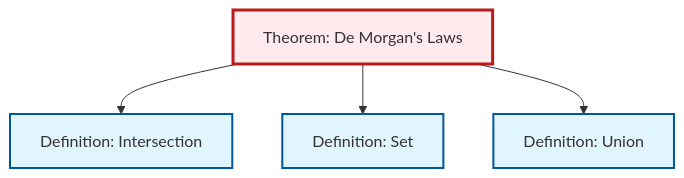
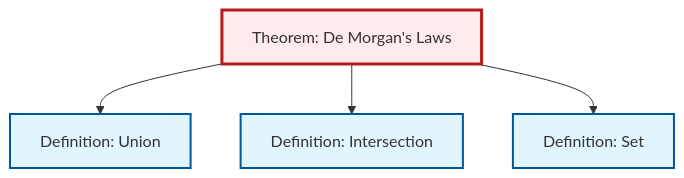
Before and after one commit to RK0429/ModernMath: the diagram in content/ja/logic-set-theory/thm-de-morgan.qmd, drawn with Mermaid. The commit also changed other lines of this file and 530 other files, not shown here.

````diff
--- a/content/ja/logic-set-theory/thm-de-morgan.qmd
+++ b/content/ja/logic-set-theory/thm-de-morgan.qmd
@@ -79,20 +79,20 @@
 ```{mermaid}
 %%| fig-cap: "Local dependency graph"
 graph TD
     classDef definition fill:#e1f5fe,stroke:#01579b,stroke-width:2px
     classDef theorem fill:#f3e5f5,stroke:#4a148c,stroke-width:2px
     classDef axiom fill:#fff3e0,stroke:#e65100,stroke-width:2px
     classDef example fill:#e8f5e9,stroke:#1b5e20,stroke-width:2px
     classDef current fill:#ffebee,stroke:#b71c1c,stroke-width:3px
-    thm-de-morgan["Theorem: De Morgan's Laws"]:::theorem
-    def-set["Definition: Set"]:::definition
     def-union["Definition: Union"]:::definition
     def-intersection["Definition: Intersection"]:::definition
+    def-set["Definition: Set"]:::definition
+    thm-de-morgan["Theorem: De Morgan's Laws"]:::theorem
+    thm-de-morgan --> def-union
     thm-de-morgan --> def-intersection
     thm-de-morgan --> def-set
-    thm-de-morgan --> def-union
     class thm-de-morgan current
-    click def-set "def-set.html" "Definition: Setへ"
     click def-union "def-union.html" "Definition: Unionへ"
     click def-intersection "def-intersection.html" "Definition: Intersectionへ"
+    click def-set "def-set.html" "Definition: Setへ"
 ```
````
